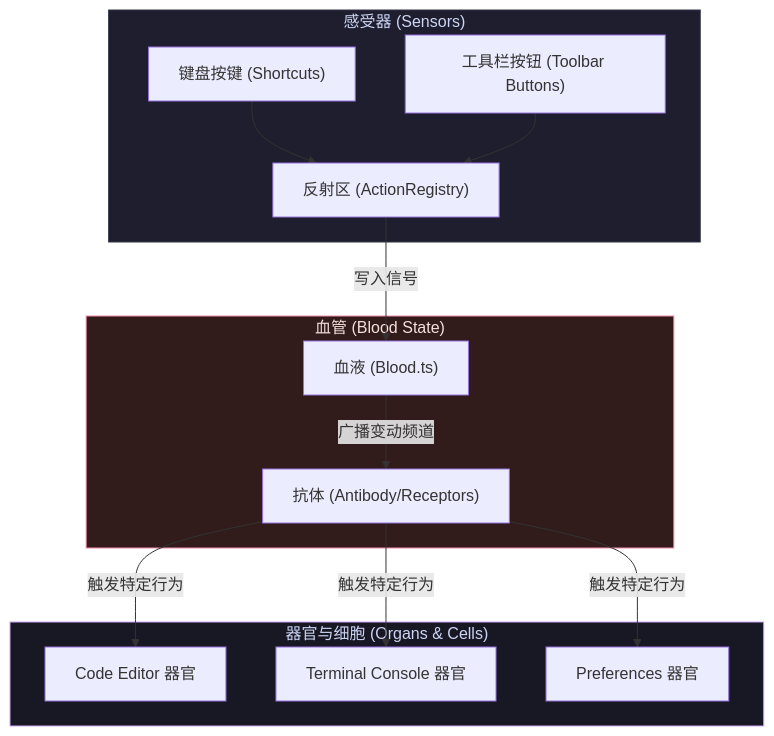
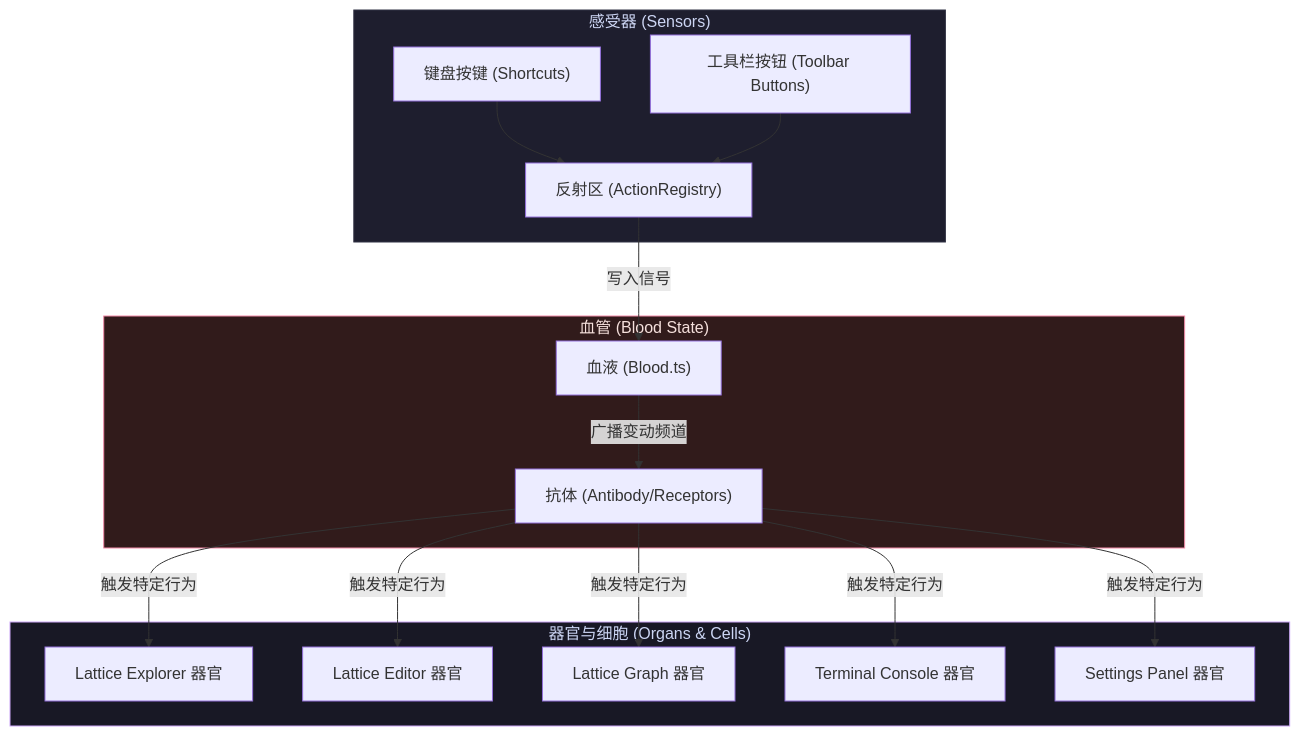
Before and after one commit to vd249175-cpu/Galois: the diagram in README.md, drawn with Mermaid. The commit also changed other lines of this file and 10 other files, not shown here.

````diff
--- a/README.md
+++ b/README.md
@@ -11,25 +11,27 @@
 ```mermaid
 graph TD
     %% Sensory Input (Sensors)
     subgraph Sensors ["感受器 (Sensors)"]
         K["键盘按键 (Shortcuts)"] --> AR["反射区 (ActionRegistry)"]
         B["工具栏按钮 (Toolbar Buttons)"] --> AR
     end
 
     %% State & Blood
     subgraph BloodStream ["血管 (Blood State)"]
         AR -- "写入信号" --> Blood["血液 (Blood.ts)"]
         Blood -- "广播变动频道" --> AntibodyHook["抗体 (Antibody/Receptors)"]
     end
 
     %% Receptors & Organs
     subgraph OrganCells ["器官与细胞 (Organs & Cells)"]
-        AntibodyHook -- "触发特定行为" --> Editor["Code Editor 器官"]
+        AntibodyHook -- "触发特定行为" --> FileTree["Lattice Explorer 器官"]
+        AntibodyHook -- "触发特定行为" --> Editor["Lattice Editor 器官"]
+        AntibodyHook -- "触发特定行为" --> Graph["Lattice Graph 器官"]
         AntibodyHook -- "触发特定行为" --> Terminal["Terminal Console 器官"]
-        AntibodyHook -- "触发特定行为" --> Settings["Preferences 器官"]
+        AntibodyHook -- "触发特定行为" --> Settings["Settings Panel 器官"]
     end
 
     style Sensors fill:#1e1e2e,stroke:#313244,color:#cdd6f4
     style BloodStream fill:#311b1b,stroke:#f38ba8,color:#f5e0dc
     style OrganCells fill:#181825,stroke:#cba6f7,color:#cdd6f4
 ```
````
